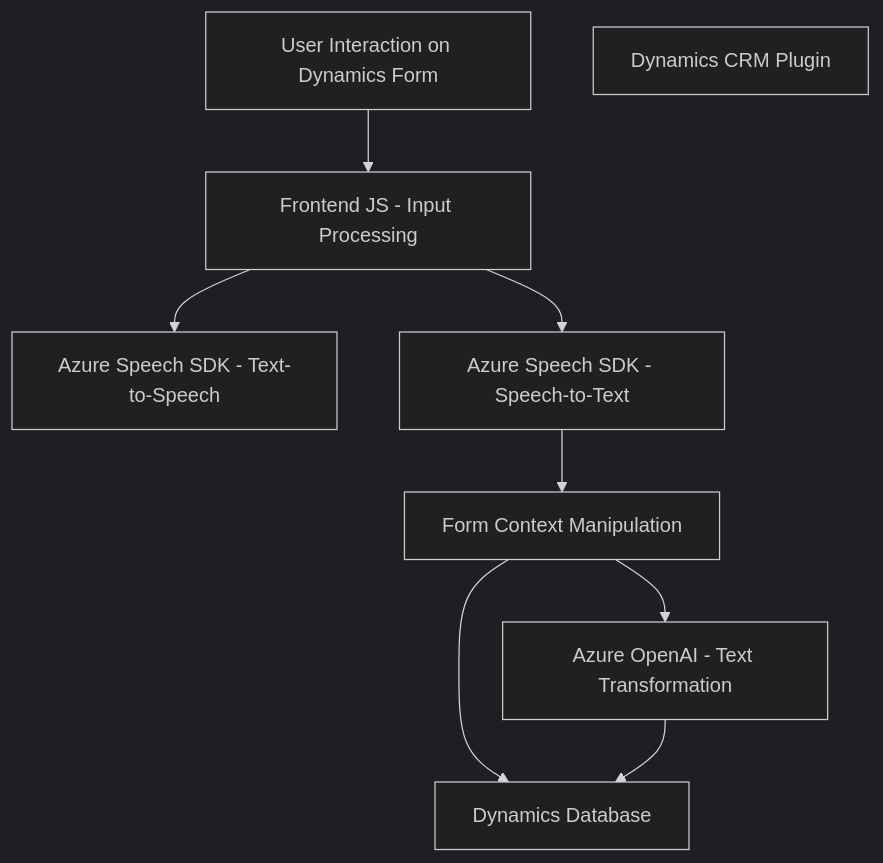
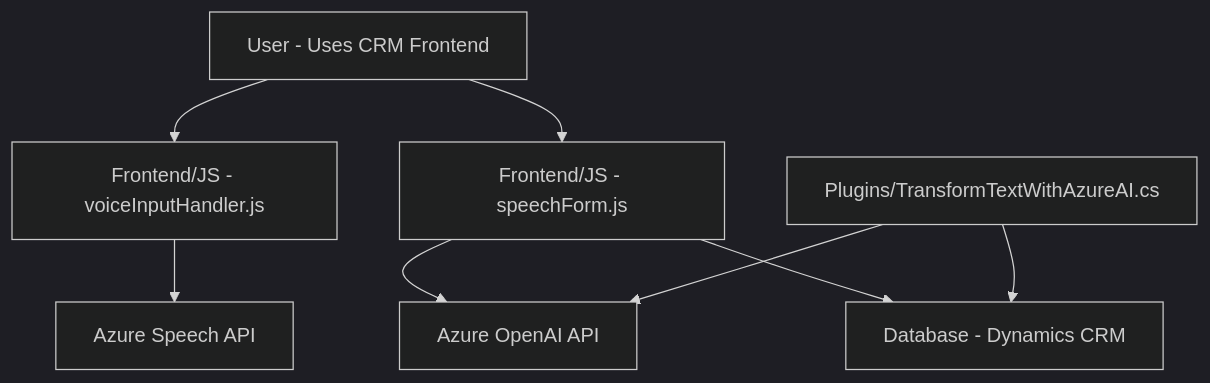
Before and after one commit to blopezdm/NETCORE_BILBAO2025: the diagram in README.md, drawn with Mermaid (dark theme). The commit also changed other lines of this file, not shown here.

````diff
--- a/README.md
+++ b/README.md
@@ -40,19 +38,18 @@
 ```mermaid
 graph TD
-    A["User Interaction on Dynamics Form"]
-    B["Azure Speech SDK - Text-to-Speech"]
-    C["Frontend JS - Input Processing"]
-    D["Azure Speech SDK - Speech-to-Text"]
-    E["Dynamics CRM Plugin"]
-    F["Form Context Manipulation"]
-    G["Azure OpenAI - Text Transformation"]
-    H["Dynamics Database"]
-
+    A["User - Uses CRM Frontend"]
+    B["Frontend/JS - voiceInputHandler.js"]
+    C["Frontend/JS - speechForm.js"]
+    D["Plugins/TransformTextWithAzureAI.cs"]
+    E["Azure Speech API"]
+    F["Azure OpenAI API"]
+    G["Database - Dynamics CRM"]
+    
+    A --> B
     A --> C
-    C --> B
-    C --> D
+    B --> E
+    C --> F
+    C --> G
+    D --> G
     D --> F
-    F --> H
-    F --> G
-    G --> H
 ```
````
